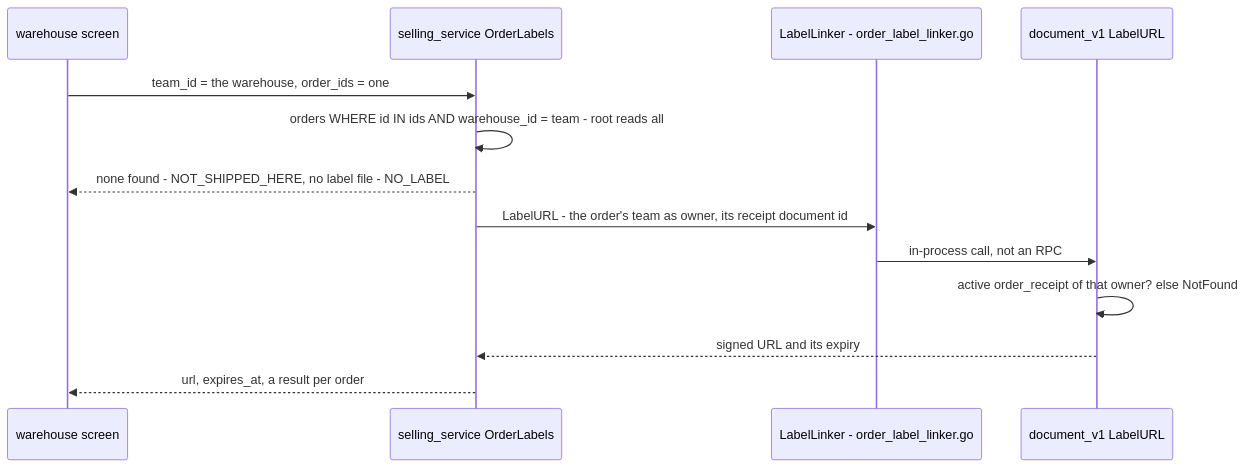
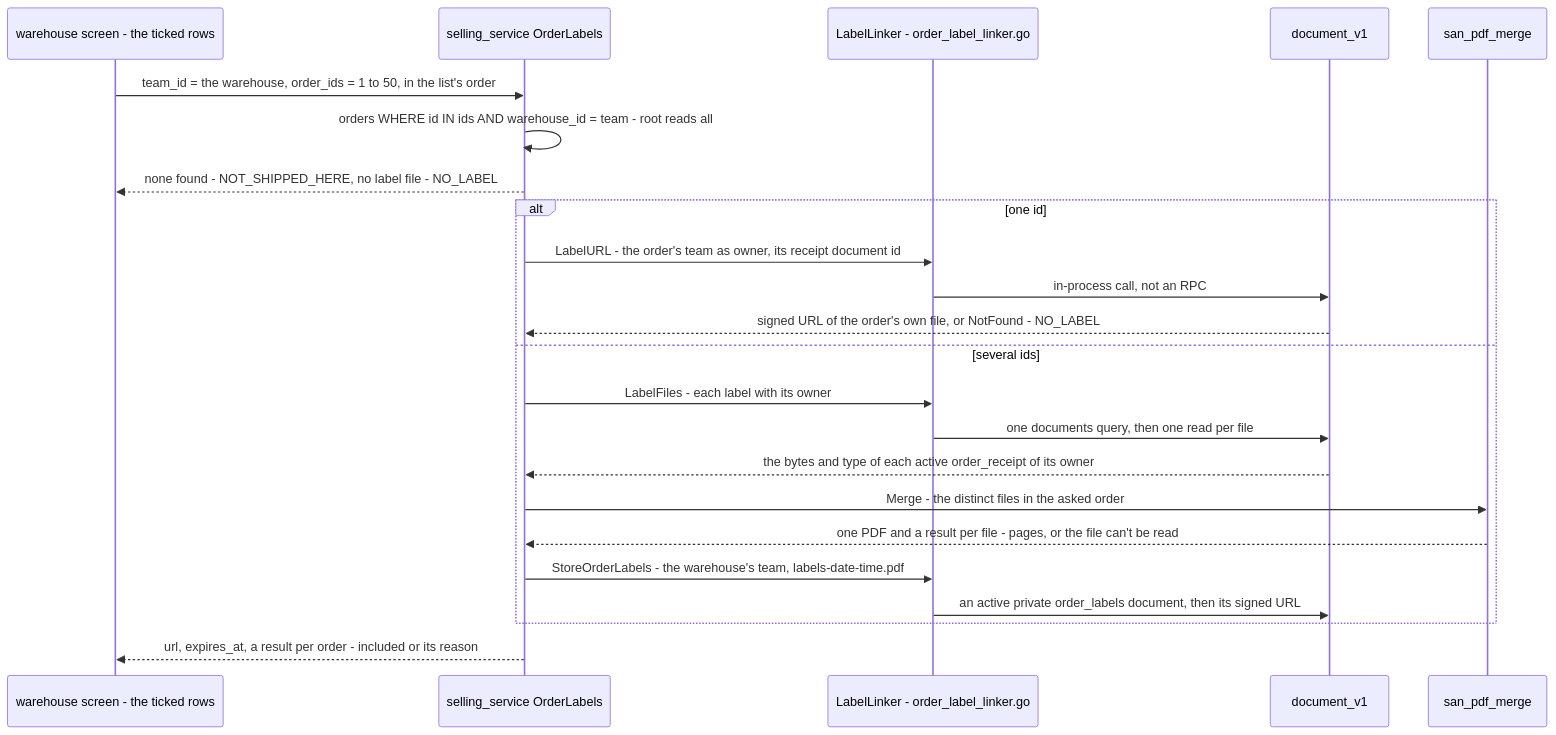
Diagram 29 of 31 in docs/services/selling_service/rpc.md (pdcgo/warehouse_revamp), drawn with Mermaid before and after one commit. The commit also changed other lines of this file and 73 other files, not shown here.

First line of the commit message:
feat(warehouse): the new warehouse order list goes live; labels print together as one PDF

````diff
--- a/docs/services/selling_service/rpc.md
+++ b/docs/services/selling_service/rpc.md
@@ -1337,15 +1367,25 @@
 ```mermaid
 sequenceDiagram
-  participant W as warehouse screen
+  participant W as warehouse screen - the ticked rows
   participant O as selling_service OrderLabels
   participant L as LabelLinker - order_label_linker.go
-  participant D as document_v1 LabelURL
-  W->>O: team_id = the warehouse, order_ids = one
+  participant D as document_v1
+  participant M as san_pdf_merge
+  W->>O: team_id = the warehouse, order_ids = 1 to 50, in the list's order
   O->>O: orders WHERE id IN ids AND warehouse_id = team - root reads all
   O-->>W: none found - NOT_SHIPPED_HERE, no label file - NO_LABEL
-  O->>L: LabelURL - the order's team as owner, its receipt document id
-  L->>D: in-process call, not an RPC
-  D->>D: active order_receipt of that owner? else NotFound
-  D-->>O: signed URL and its expiry
-  O-->>W: url, expires_at, a result per order
+  alt one id
+    O->>L: LabelURL - the order's team as owner, its receipt document id
+    L->>D: in-process call, not an RPC
+    D-->>O: signed URL of the order's own file, or NotFound - NO_LABEL
+  else several ids
+    O->>L: LabelFiles - each label with its owner
+    L->>D: one documents query, then one read per file
+    D-->>O: the bytes and type of each active order_receipt of its owner
+    O->>M: Merge - the distinct files in the asked order
+    M-->>O: one PDF and a result per file - pages, or the file can't be read
+    O->>L: StoreOrderLabels - the warehouse's team, labels-date-time.pdf
+    L->>D: an active private order_labels document, then its signed URL
+  end
+  O-->>W: url, expires_at, a result per order - included or its reason
 ```
````
